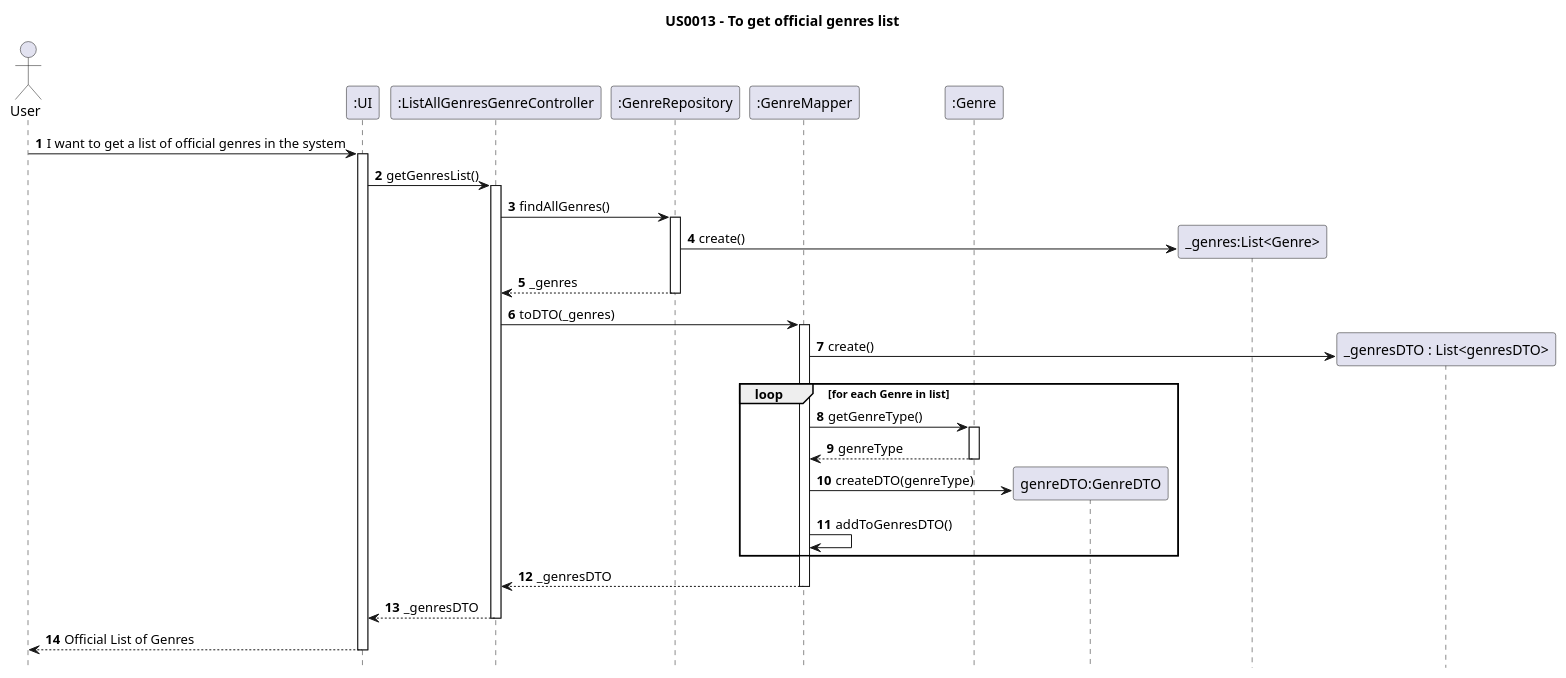
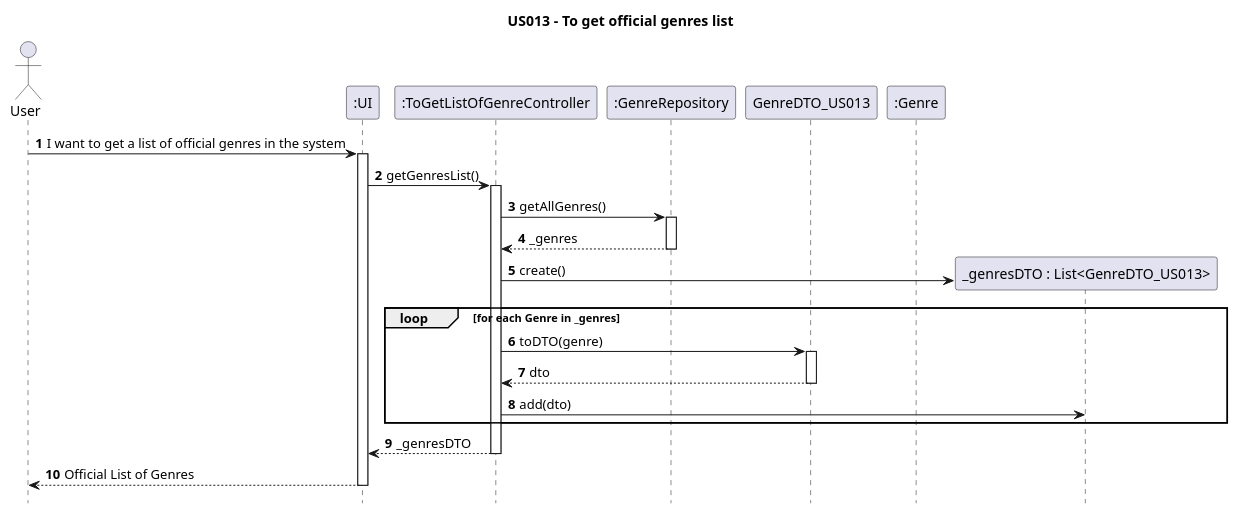
Before and after one commit to AndrePereiraGitH/SWitCH-Project-Team_A: the diagram in Diagrams/SequenceDiagrams/N2/US013-to-get-official-genres-list.puml, drawn with PlantUML. The commit also changed 1 other file, not shown here.

Commit message:
Working on #233, refactor: remove mapper from US013 DTO in SD and CD

```diff
--- a/Diagrams/SequenceDiagrams/N2/US013-to-get-official-genres-list.puml
+++ b/Diagrams/SequenceDiagrams/N2/US013-to-get-official-genres-list.puml
@@ -1,58 +1,47 @@
 @startuml
 autonumber
-
 hide footbox
-title US0013 - To get official genres list
+title US013 - To get official genres list
 
 actor User
 participant ":UI" as UI
-
-participant ":ListAllGenresGenreController" as AddGenreCtrl
-
-participant ":GenreRepository" as GenreRepository
-
-participant ":GenreMapper" as mapper
-
+participant ":ToGetListOfGenreController" as Ctrl
+participant ":GenreRepository" as Repo
+participant "GenreDTO_US013" as DTOClass
 participant ":Genre" as genre
-
-participant "genreDTO:GenreDTO" as DTO
 
 User -> UI : I want to get a list of official genres in the system
 activate UI
-UI -> AddGenreCtrl : getGenresList()
-activate AddGenreCtrl
 
-AddGenreCtrl -> GenreRepository : findAllGenres()
-activate GenreRepository
+UI -> Ctrl : getGenresList()
+activate Ctrl
 
-create "_genres:List<Genre>" as listGenres
-GenreRepository -> listGenres : create()
+Ctrl -> Repo : getAllGenres()
+activate Repo
 
-GenreRepository --> AddGenreCtrl : _genres
+Repo --> Ctrl : _genres
+deactivate Repo
 
-deactivate GenreRepository
-AddGenreCtrl -> mapper : toDTO(_genres)
-activate mapper
+create "_genresDTO : List<GenreDTO_US013>" as listDTO
+Ctrl -> listDTO : create()
 
-create "_genresDTO : List<genresDTO>" as genDTO
-mapper -> genDTO :create()
+loop for each Genre in _genres
+    Ctrl -> DTOClass : toDTO(genre)
+    activate DTOClass
 
-loop for each Genre in list
-        mapper -> genre : getGenreType()
-        activate genre
-        genre --> mapper : genreType
-        deactivate genre
-        mapper -> DTO ** : createDTO(genreType)
-        mapper -> mapper : addToGenresDTO()
 
-    end
 
-mapper --> AddGenreCtrl : _genresDTO
-deactivate mapper
 
-AddGenreCtrl --> UI : _genresDTO
-deactivate AddGenreCtrl
+
+    DTOClass --> Ctrl : dto
+    deactivate DTOClass
+
+    Ctrl -> listDTO : add(dto)
+end
+
+Ctrl --> UI : _genresDTO
+deactivate Ctrl
 
 UI --> User : Official List of Genres
 deactivate UI
 @enduml
```
